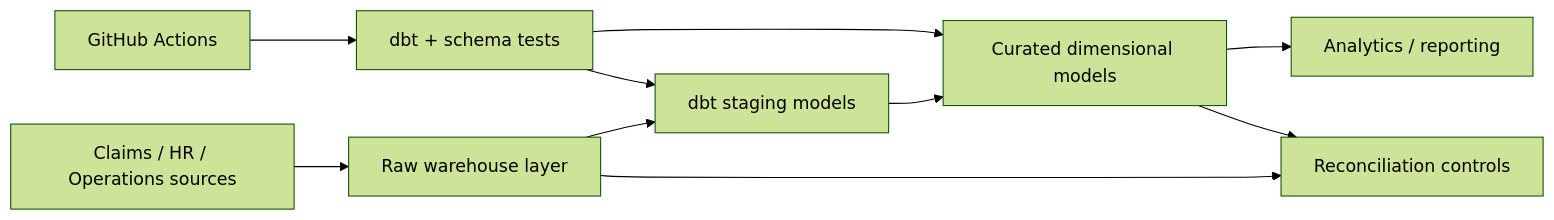
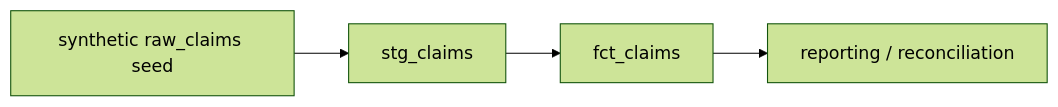
The diagram in README.md (Nithinkonjeti-1930/Healthcare-Data-Quality-Lineage-Control-Framework), drawn with Mermaid (forest theme) before and after one commit. The commit also changed other lines of this file and 14 other files, not shown here.

````diff
--- a/README.md
+++ b/README.md
@@ -9,12 +33,6 @@
 ```mermaid
 flowchart LR
-    SRC[Claims / HR / Operations sources] --> RAW[Raw warehouse layer]
-    RAW --> STG[dbt staging models]
-    STG --> CUR[Curated dimensional models]
-    CUR --> BI[Analytics / reporting]
-    RAW --> REC[Reconciliation controls]
-    CUR --> REC
-    TEST[dbt + schema tests] --> STG
-    TEST --> CUR
-    CI[GitHub Actions] --> TEST
+  S[synthetic raw_claims seed] --> STG[stg_claims]
+  STG --> F[fct_claims]
+  F --> R[reporting / reconciliation]
 ```
````
